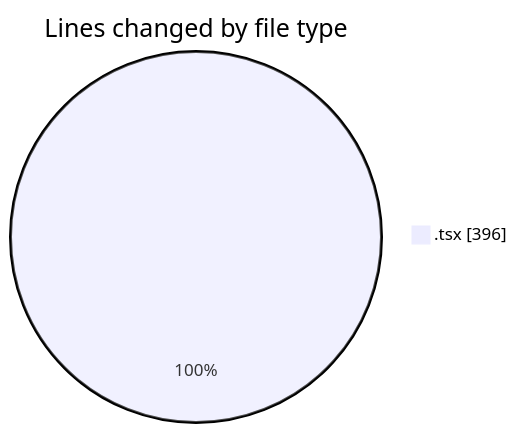
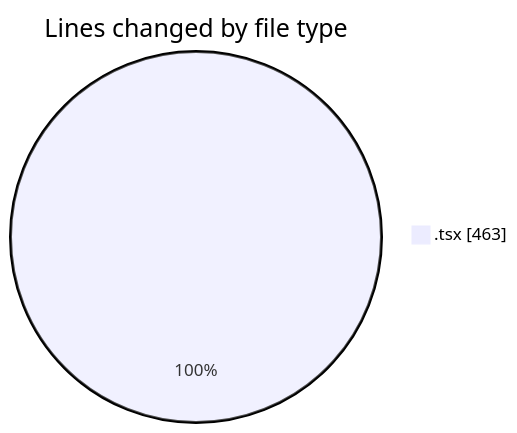
Before and after one commit to momahboobian/code-tracking: the first of 2 diagrams in 2025-09-14/cda/README.md, drawn with Mermaid. The commit also changed other lines of this file and 1 other file, not shown here.

````diff
--- a/2025-09-14/cda/README.md
+++ b/2025-09-14/cda/README.md
@@ -20,5 +20,5 @@
 ```mermaid
 pie showData
 title Lines changed by file type
-".tsx" : 396
+".tsx" : 463
 ```
````
